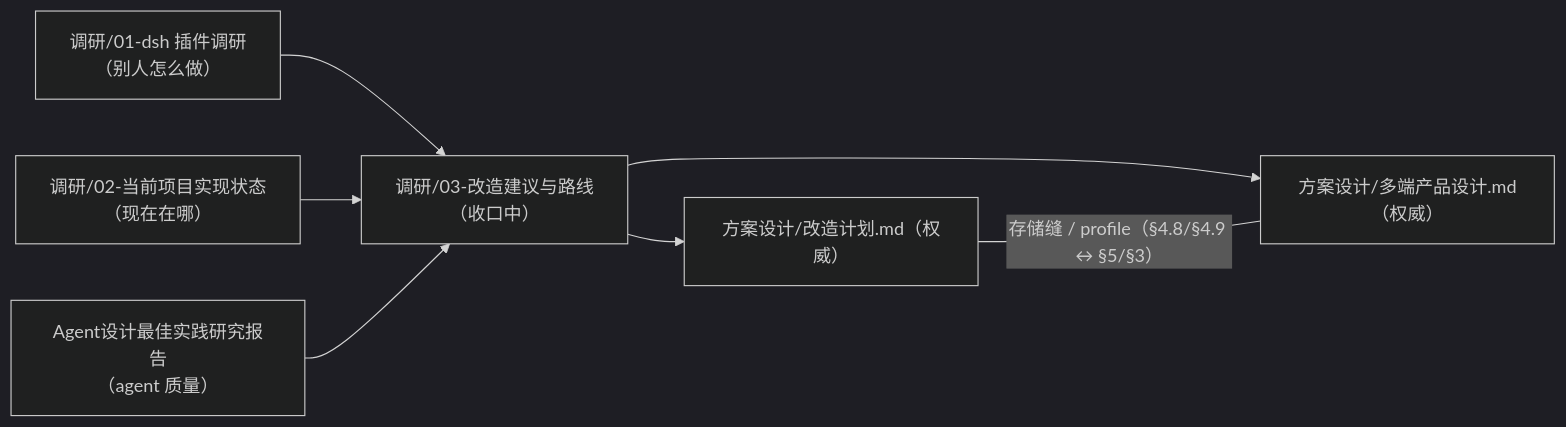
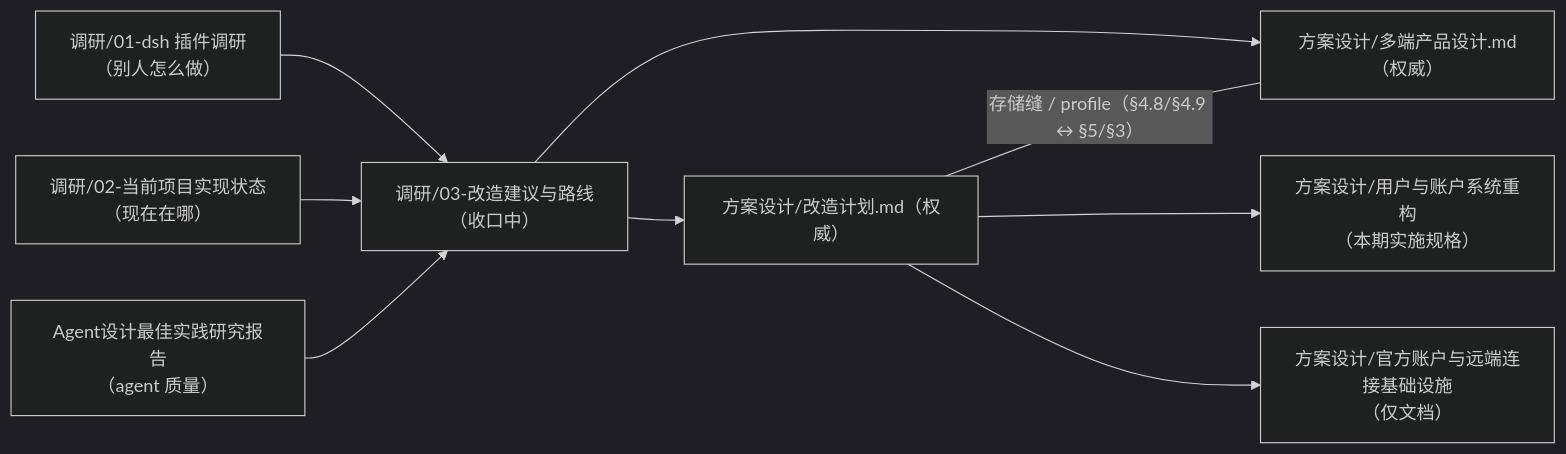
Before and after one commit to IsKenKenYa/KenFutWork: the diagram in docs/README.md, drawn with Mermaid (dark theme). The commit also changed other lines of this file and 7 other files, not shown here.

````diff
--- a/docs/README.md
+++ b/docs/README.md
@@ -7,9 +7,11 @@
 ```mermaid
 graph LR
     D01["调研/01-dsh 插件调研<br/>（别人怎么做）"] --> D03["调研/03-改造建议与路线<br/>（收口中）"]
     SNAP["调研/02-当前项目实现状态<br/>（现在在哪）"] --> D03
     AGENT["Agent设计最佳实践研究报告<br/>（agent 质量）"] --> D03
     D03 --> PLAN["方案设计/改造计划.md（权威）"]
     D03 --> MULTI["方案设计/多端产品设计.md（权威）"]
     PLAN ---|"存储缝 / profile（§4.8/§4.9 ↔ §5/§3）"| MULTI
+    PLAN --> LOCAL["方案设计/用户与账户系统重构<br/>（本期实施规格）"]
+    PLAN --> REMOTE["方案设计/官方账户与远端连接基础设施<br/>（仅文档）"]
 ```
````
